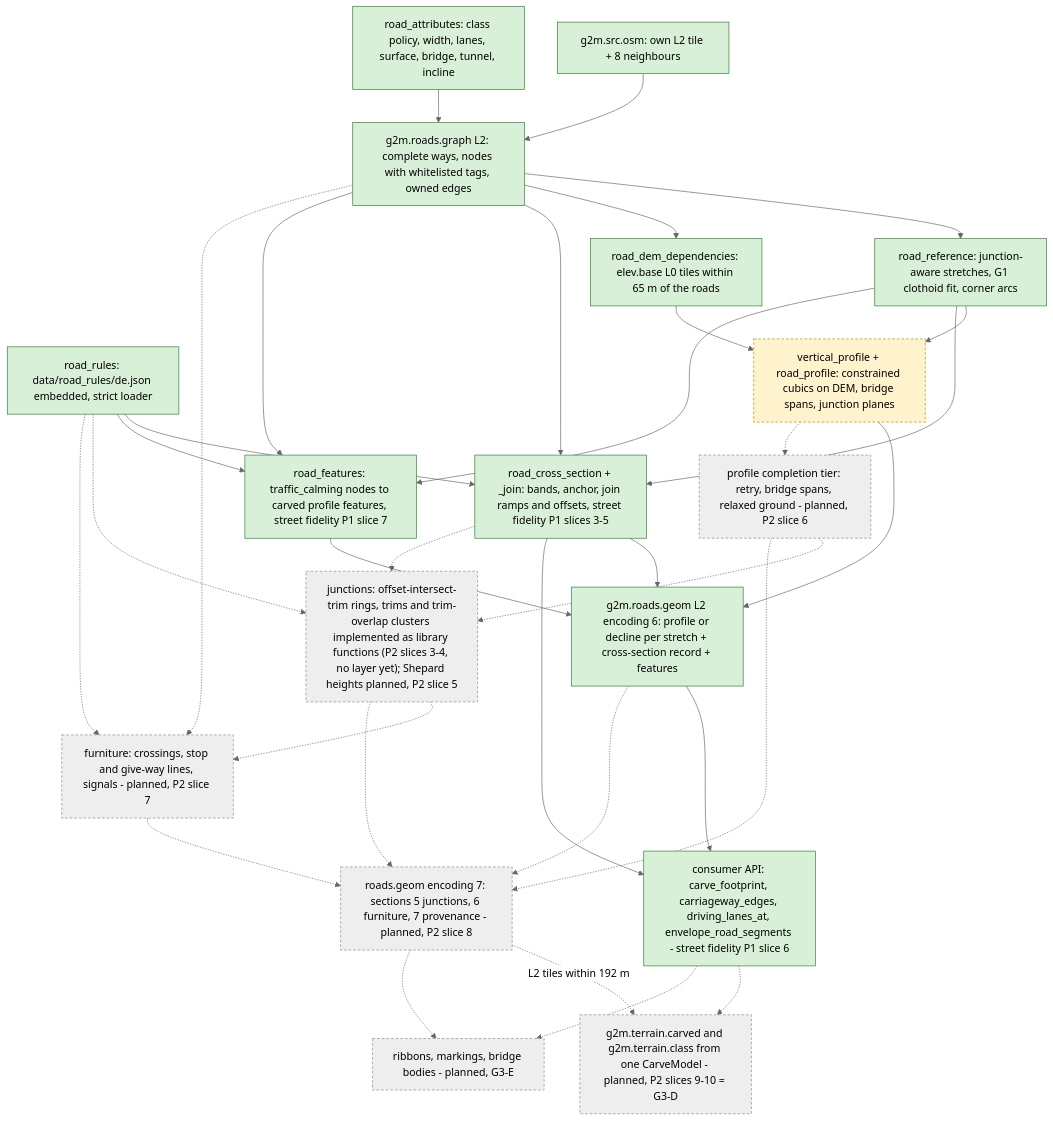
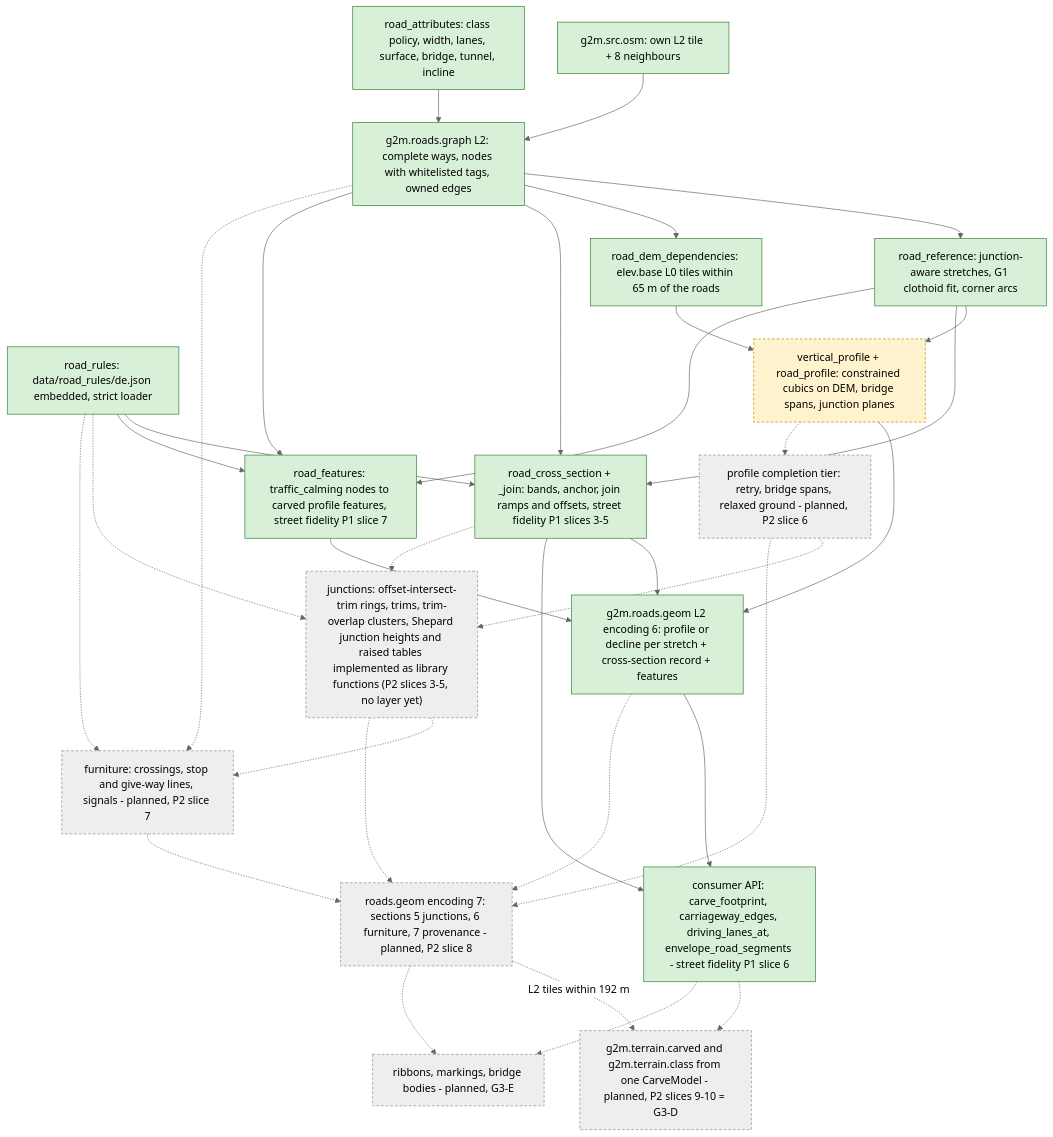
Before and after one commit to SebastianDanielFrenz/geo2map_engine: the diagram in docs/pipeline/roads.md, drawn with Mermaid (neutral theme). The commit also changed other lines of this file and 8 other files, not shown here.

````diff
--- a/docs/pipeline/roads.md
+++ b/docs/pipeline/roads.md
@@ -7,56 +7,56 @@
 ```mermaid
 flowchart TD
   OSM9["g2m.src.osm: own L2 tile + 8 neighbours"]
   ATTR["road_attributes: class policy, width, lanes, surface, bridge, tunnel, incline"]
   GRAPH["g2m.roads.graph L2: complete ways, nodes with whitelisted tags, owned edges"]
   RULES["road_rules: data/road_rules/de.json embedded, strict loader"]
   XS["road_cross_section + _join: bands, anchor, join ramps and offsets, street fidelity P1 slices 3-5"]
   API["consumer API: carve_footprint, carriageway_edges, driving_lanes_at, envelope_road_segments - street fidelity P1 slice 6"]
   REF["road_reference: junction-aware stretches, G1 clothoid fit, corner arcs"]
   DEMDEP["road_dem_dependencies: elev.base L0 tiles within 65 m of the roads"]
   PROF["vertical_profile + road_profile: constrained cubics on DEM, bridge spans, junction planes"]
   FEAT["road_features: traffic_calming nodes to carved profile features, street fidelity P1 slice 7"]
   GEOM["g2m.roads.geom L2 encoding 6: profile or decline per stretch + cross-section record + features"]
   COMPL["profile completion tier: retry, bridge spans, relaxed ground - planned, P2 slice 6"]
-  JUNC["junctions: offset-intersect-trim rings, trims and trim-overlap clusters implemented as library functions (P2 slices 3-4, no layer yet); Shepard heights planned, P2 slice 5"]
+  JUNC["junctions: offset-intersect-trim rings, trims, trim-overlap clusters, Shepard junction heights and raised tables implemented as library functions (P2 slices 3-5, no layer yet)"]
   FURN["furniture: crossings, stop and give-way lines, signals - planned, P2 slice 7"]
   GEOM7["roads.geom encoding 7: sections 5 junctions, 6 furniture, 7 provenance - planned, P2 slice 8"]
   CARVE["g2m.terrain.carved and g2m.terrain.class from one CarveModel - planned, P2 slices 9-10 = G3-D"]
   RIB["ribbons, markings, bridge bodies - planned, G3-E"]
   OSM9 --> GRAPH
   ATTR --> GRAPH
   GRAPH --> REF --> PROF
   GRAPH --> DEMDEP --> PROF
   RULES --> XS
   GRAPH --> XS
   REF --> XS
   XS --> GEOM
   GRAPH --> FEAT
   REF --> FEAT
   RULES --> FEAT
   FEAT --> GEOM
   PROF --> GEOM
   XS --> API
   GEOM --> API
   PROF -.-> COMPL
   COMPL -.-> JUNC
   XS -.-> JUNC
   RULES -.-> JUNC
   JUNC -.-> FURN
   GRAPH -.-> FURN
   RULES -.-> FURN
   COMPL -.-> GEOM7
   JUNC -.-> GEOM7
   FURN -.-> GEOM7
   GEOM -.-> GEOM7
   GEOM7 -.->|"L2 tiles within 192 m"| CARVE
   API -.-> CARVE
   API -.-> RIB
   GEOM7 -.-> RIB
   classDef done fill:#d8f0d8,stroke:#2e7d32,color:#000;
   classDef part fill:#fff3cd,stroke:#b58900,stroke-dasharray:4 3,color:#000;
   classDef plan fill:#eeeeee,stroke:#888888,stroke-dasharray:4 3,color:#000;
   class OSM9,ATTR,GRAPH,REF,DEMDEP,GEOM,RULES,XS,API,FEAT done;
   class PROF part;
   class COMPL,JUNC,FURN,GEOM7,CARVE,RIB plan;
 ```
````
